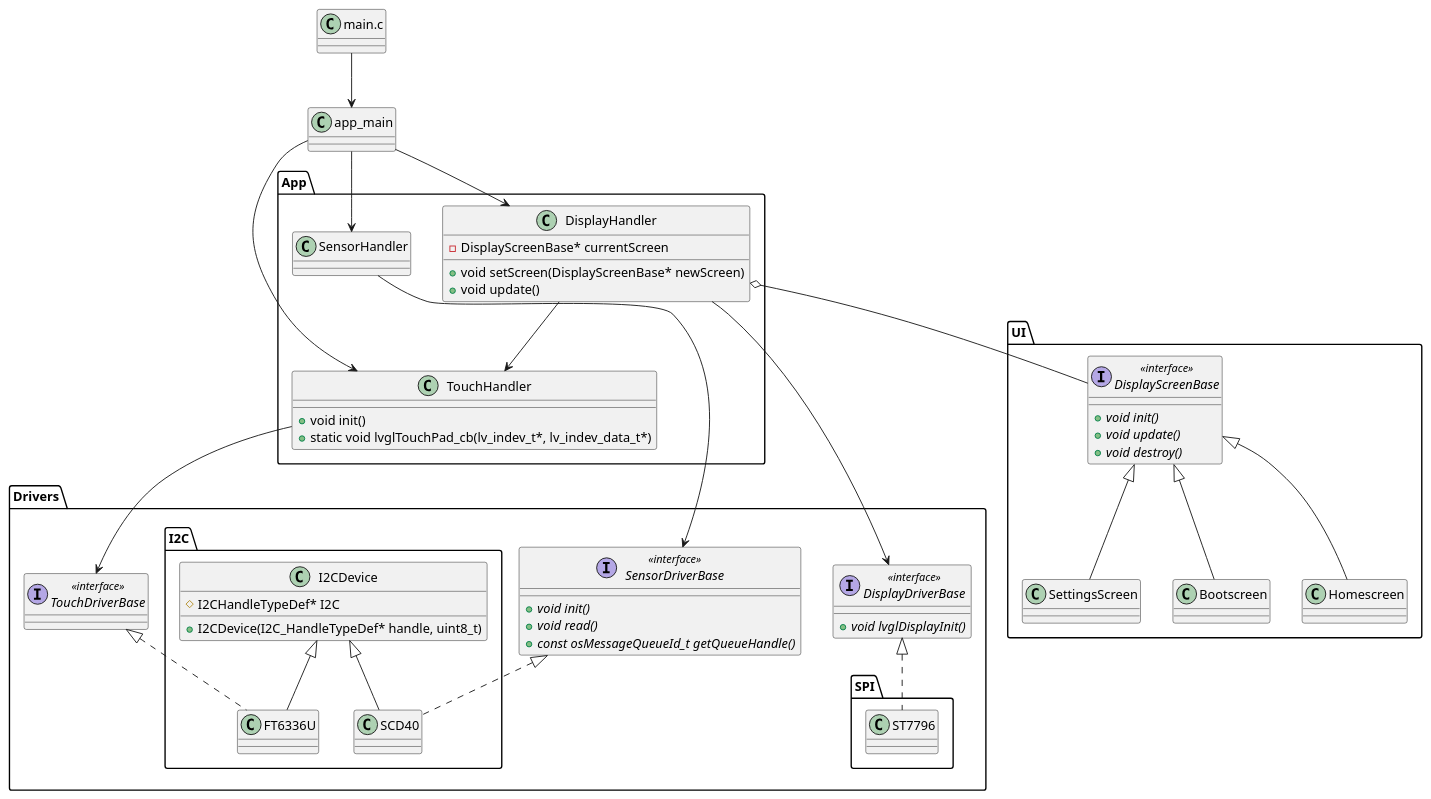
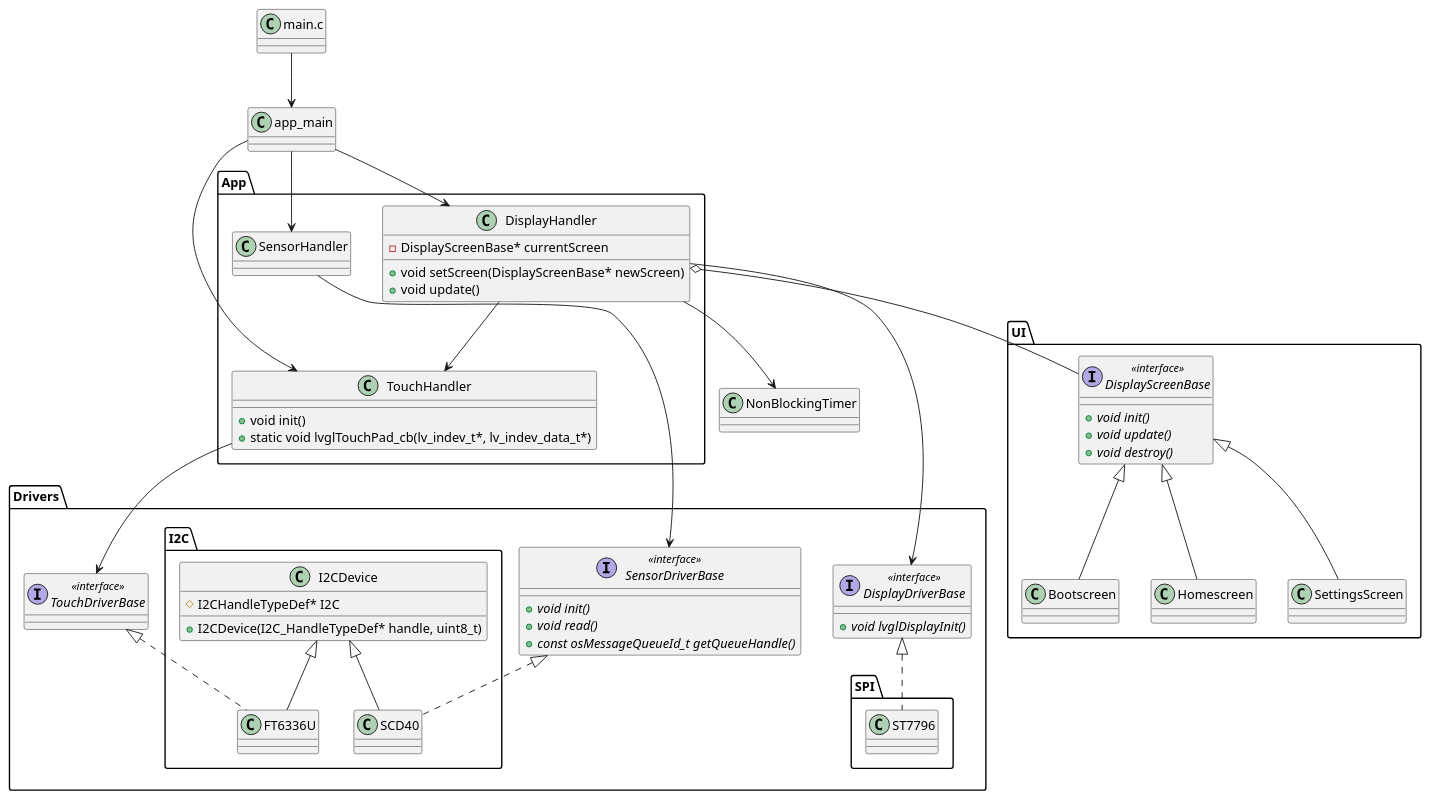
The diagram in Docs/class.puml (CookieLover3000/Co2-Sensor-PoC), drawn with PlantUML before and after one commit. The commit also changed 8 other files, not shown here.

```diff
--- a/Docs/class.puml
+++ b/Docs/class.puml
@@ -1,102 +1,108 @@
 @startuml Co2 Monitor Class Diagram
 class "main.c" as MainC {
 
 }
 
 class app_main {
 
 }
+
+class NonBlockingTimer {
+
+}
+
 namespace App {
     class DisplayHandler {
         - DisplayScreenBase* currentScreen
         + void setScreen(DisplayScreenBase* newScreen)
         + void update()
     }
     class TouchHandler {
         + void init()
         + static void lvglTouchPad_cb(lv_indev_t*, lv_indev_data_t*)
     }
     class SensorHandler {
 
     }
 }
 
 namespace UI {
 
     Interface DisplayScreenBase <<interface>>{
         + {abstract} void init()
         + {abstract} void update()
         + {abstract} void destroy()
     }
     
     class Bootscreen {
 
     }
     class Homescreen {
 
     }
     class SettingsScreen {
 
     }
 }
 
 namespace Drivers {
 
     interface DisplayDriverBase <<interface>>{
         + {abstract} void lvglDisplayInit()
     }
 
     interface TouchDriverBase <<interface>>{
 
     }
 
     interface SensorDriverBase <<interface>>{
         + {abstract} void init()
         + {abstract} void read()
         + {abstract} const osMessageQueueId_t getQueueHandle()
     }
 
     namespace SPI {
         class ST7796 {
 
         }
     }
     namespace I2C {
         class I2CDevice {
             # I2CHandleTypeDef* I2C
             + I2CDevice(I2C_HandleTypeDef* handle, uint8_t)
         }
 
 
         class FT6336U {
 
         }
 
         class SCD40 {
 
         }
     }
 }
 
 'Relations
 MainC --> app_main
 app_main --> DisplayHandler
 app_main --> TouchHandler
 app_main --> SensorHandler
 
 DisplayHandler --> TouchHandler
+DisplayHandler --> NonBlockingTimer
 DisplayHandler --> DisplayDriverBase
 DisplayHandler o-- DisplayScreenBase
 DisplayScreenBase <|-- Homescreen
 DisplayScreenBase <|-- SettingsScreen
 DisplayScreenBase <|-- Bootscreen
 TouchHandler --> TouchDriverBase
 SensorHandler --> SensorDriverBase
 
 I2CDevice <|-- FT6336U
 I2CDevice <|-- SCD40
 
 DisplayDriverBase <|.. ST7796
 TouchDriverBase <|.. FT6336U
 SensorDriverBase <|.. SCD40
 @enduml
```
